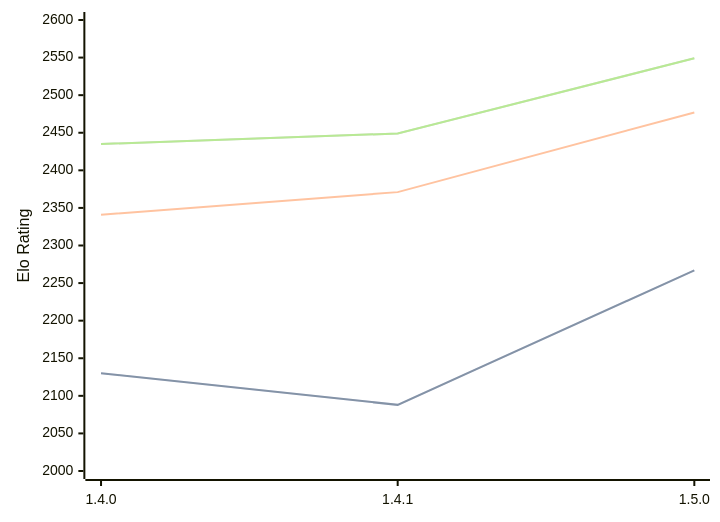
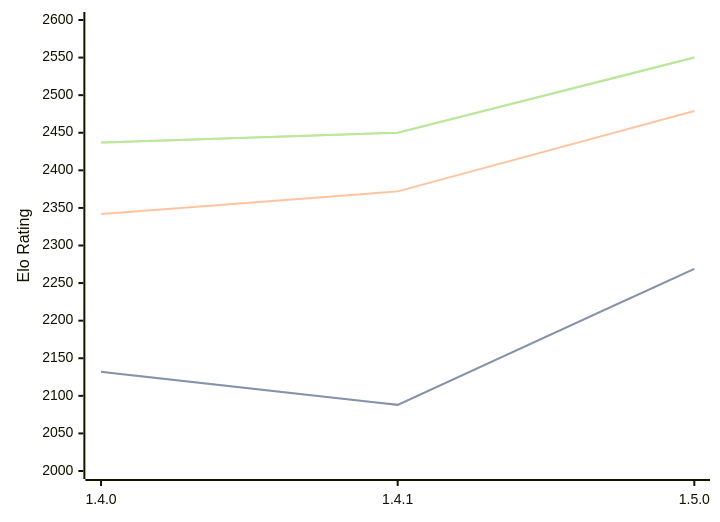
The diagram in engines/Tofiks.md (computer-chess-index/cci), drawn with Mermaid before and after one commit. The commit also changed other lines of this file, not shown here.

Commit message:
Update CCI Ratings (ELO VLTC) - 2026-05-16

````diff
--- a/engines/Tofiks.md
+++ b/engines/Tofiks.md
@@ -37,11 +37,11 @@
 ```mermaid
 %%{init: {"theme":"base","themeVariables":{"seriesColors:['#a3a3a3','#222221','#faa371']}}}%%
 xychart-beta
   x-axis ["1.4.0", "1.4.1", "1.5.0"]
   y-axis "Elo Rating" 2000 --> 2600
-  line "STC (8.0+0.08s)" [2130, 2088, 2267]
-  line "STC (8.0+0.08s)" [2130, 2088, 2267]
-  line "LTC (60.0+0.60s)" [2341, 2371, 2477]
-  line "VLTC (2m24s+1.12s)" [2435, 2449, 2549]
-  line "VLTC (2m24s+1.12s)" [2435, 2449, 2549]
+  line "STC (8.0+0.08s)" [2132, 2088, 2269]
+  line "STC (8.0+0.08s)" [2132, 2088, 2269]
+  line "LTC (60.0+0.60s)" [2342, 2372, 2479]
+  line "VLTC (2m24s+1.12s)" [2437, 2450, 2550]
+  line "VLTC (2m24s+1.12s)" [2437, 2450, 2550]
 ```
````
